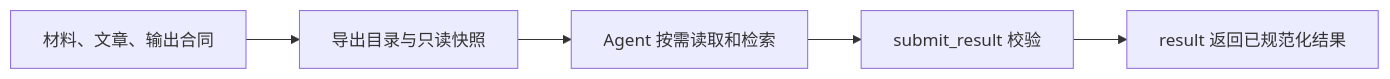
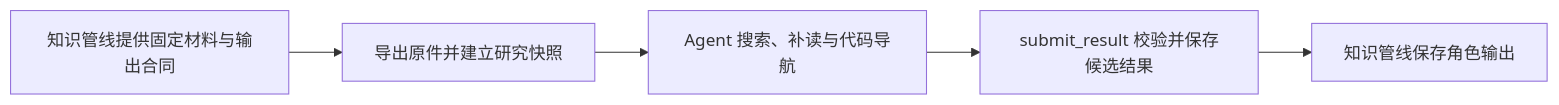
One commit to lejunyang/omem changed the diagram in .repo-review/knowledge/articles/052b7a5f06c5ca089f216633bf39395608fd9bad8adc088f98b214b6749761f3.md. Above: the diagram before and after it, drawn with Mermaid. The commit also changed other lines of this file and 23 other files, not shown here.

````diff
--- a/.repo-review/knowledge/articles/052b7a5f06c5ca089f216633bf39395608fd9bad8adc088f98b214b6749761f3.md
+++ b/.repo-review/knowledge/articles/052b7a5f06c5ca089f216633bf39395608fd9bad8adc088f98b214b6749761f3.md
@@ -19,7 +19,7 @@
 ```mermaid
 flowchart LR
-  A[材料、文章、输出合同] --> B[导出目录与只读快照]
-  B --> C[Agent 按需读取和检索]
-  C --> D[submit_result 校验]
-  D --> E[result 返回已规范化结果]
+  A[知识管线提供固定材料与输出合同] --> B[导出原件并建立研究快照]
+  B --> C[Agent 搜索、补读与代码导航]
+  C --> D[submit_result 校验并保存候选结果]
+  D --> E[知识管线保存角色输出]
 ```
````
